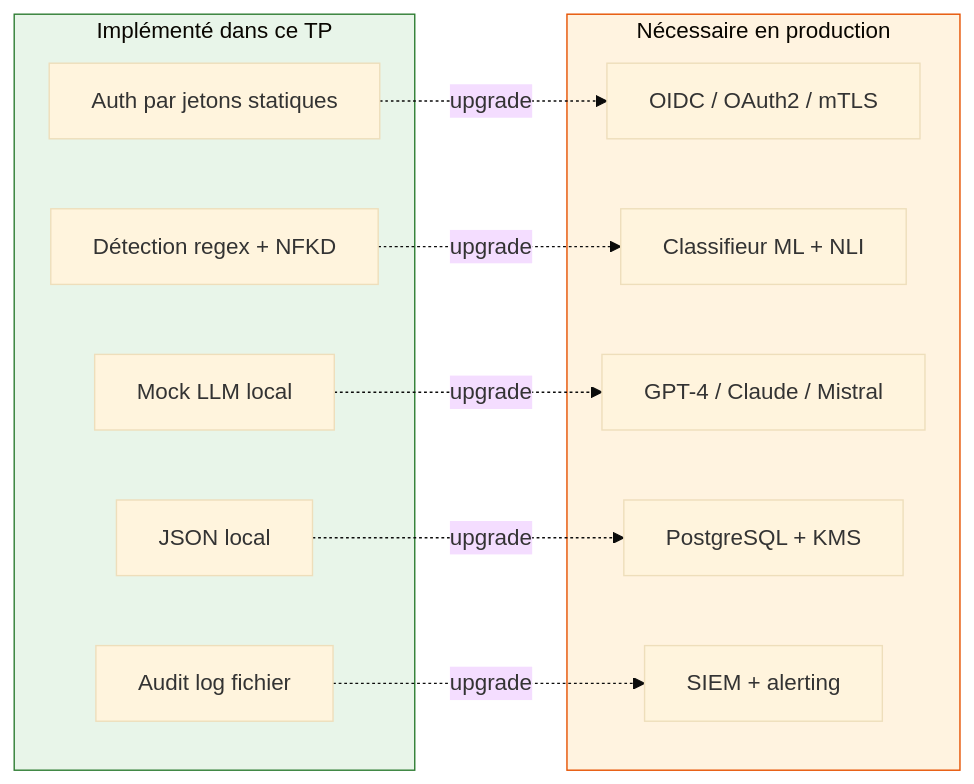
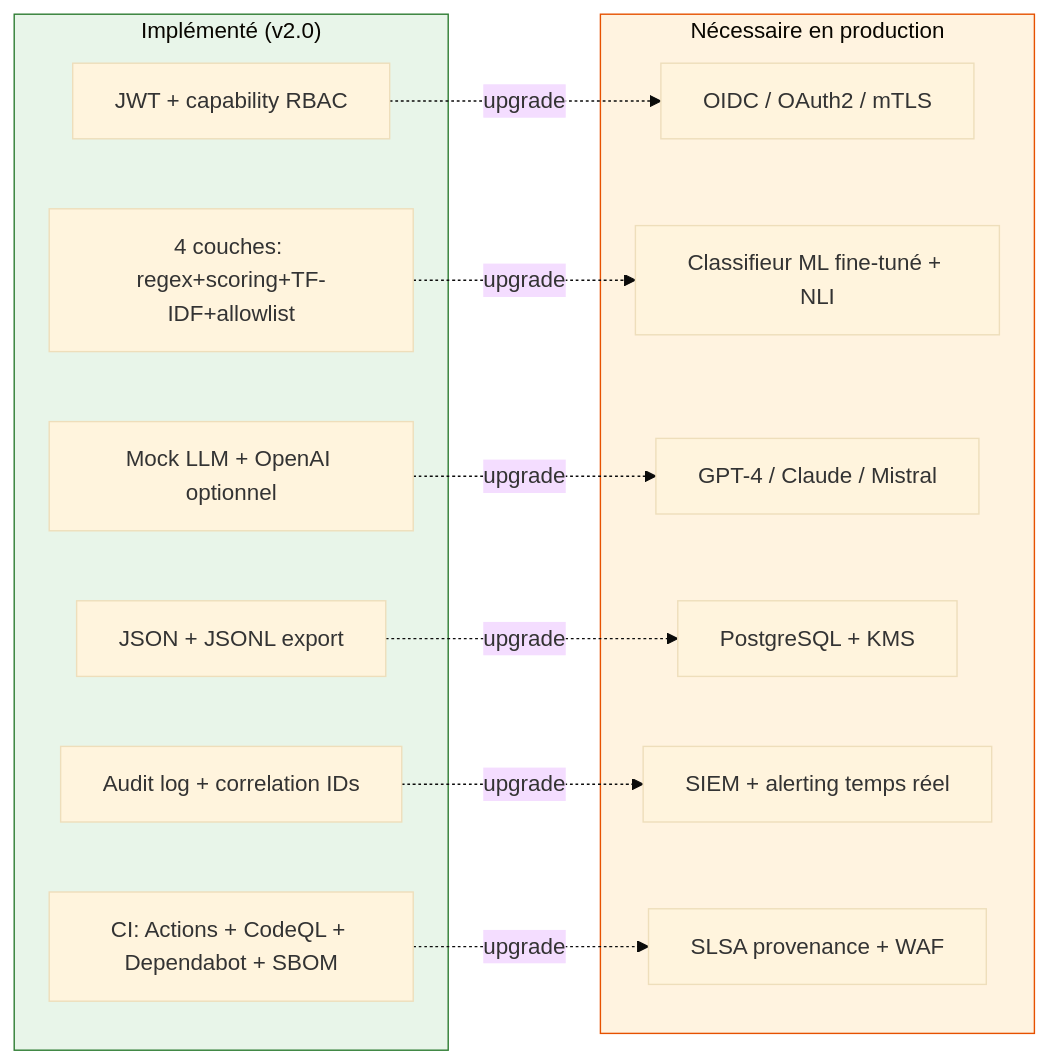
The ninth of 9 diagrams in README.md (omarbabba779xx/LLM-Security-Lab), drawn with Mermaid (base theme) before and after one commit. The commit also changed other lines of this file and 22 other files, not shown here.

````diff
--- a/README.md
+++ b/README.md
@@ -503,27 +558,30 @@
 ```mermaid
 graph LR
-    subgraph IMPL["Implémenté dans ce TP"]
-        A1["Auth par jetons statiques"]
-        A2["Détection regex + NFKD"]
-        A3["Mock LLM local"]
-        A4["JSON local"]
-        A5["Audit log fichier"]
+    subgraph IMPL["Implémenté (v2.0)"]
+        A1["JWT + capability RBAC"]
+        A2["4 couches: regex+scoring+TF-IDF+allowlist"]
+        A3["Mock LLM + OpenAI optionnel"]
+        A4["JSON + JSONL export"]
+        A5["Audit log + correlation IDs"]
+        A6["CI: Actions + CodeQL + Dependabot + SBOM"]
     end
 
     subgraph PROD["Nécessaire en production"]
         B1["OIDC / OAuth2 / mTLS"]
-        B2["Classifieur ML + NLI"]
+        B2["Classifieur ML fine-tuné + NLI"]
         B3["GPT-4 / Claude / Mistral"]
         B4["PostgreSQL + KMS"]
-        B5["SIEM + alerting"]
+        B5["SIEM + alerting temps réel"]
+        B6["SLSA provenance + WAF"]
     end
 
     A1 -.->|"upgrade"| B1
     A2 -.->|"upgrade"| B2
     A3 -.->|"upgrade"| B3
     A4 -.->|"upgrade"| B4
     A5 -.->|"upgrade"| B5
+    A6 -.->|"upgrade"| B6
 
     style IMPL fill:#e8f5e9,stroke:#2e7d32
     style PROD fill:#fff3e0,stroke:#e65100
 ```
````
